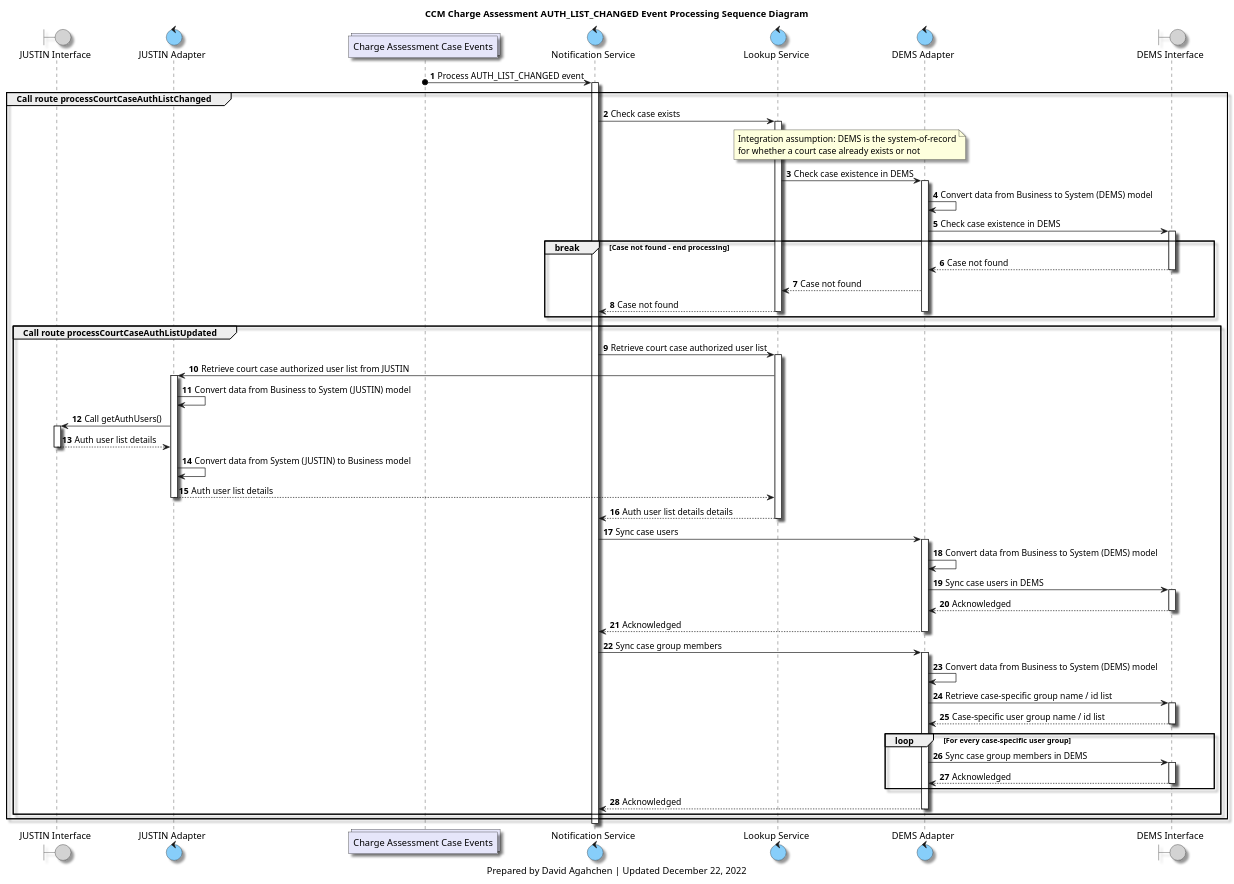
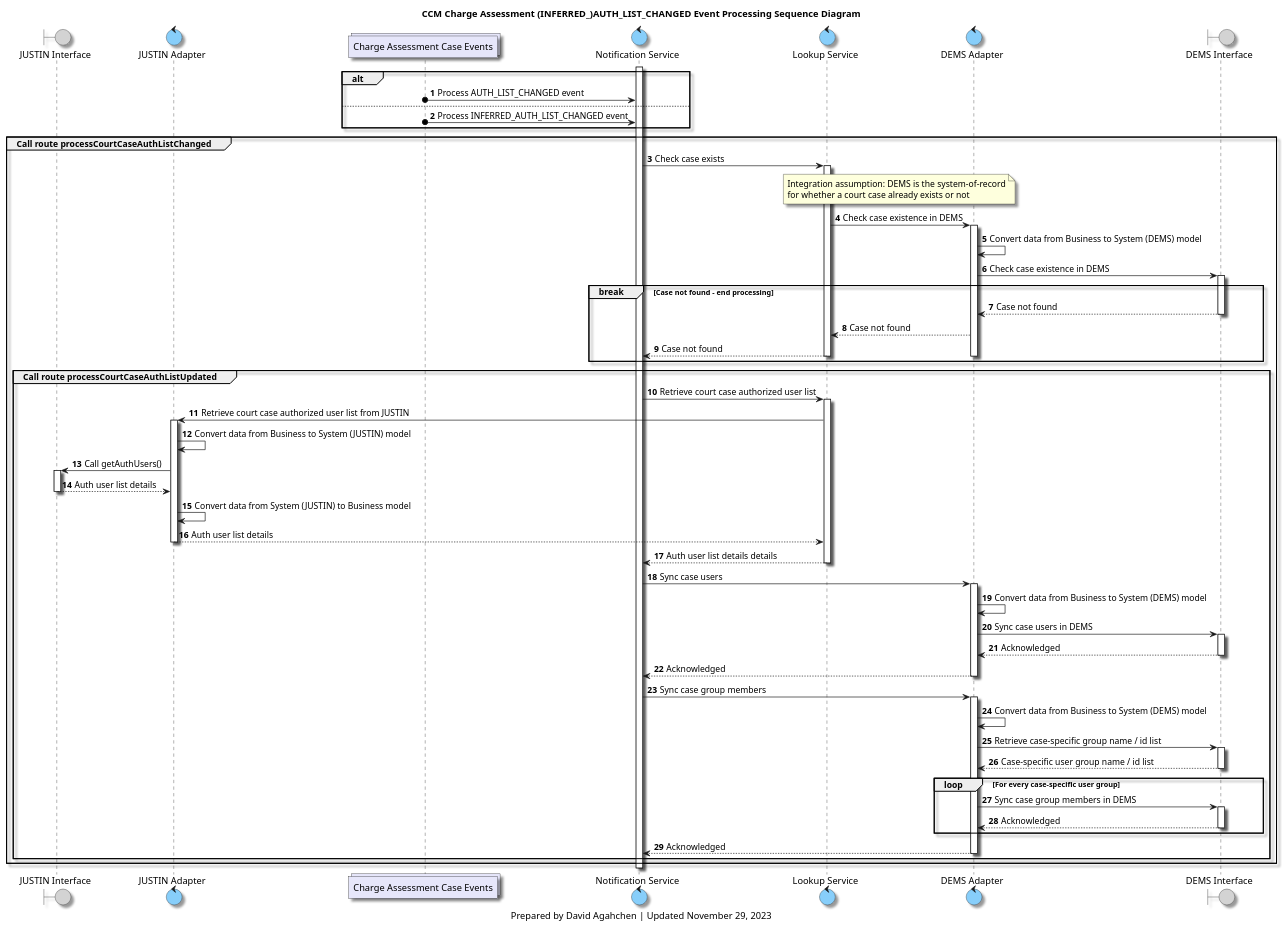
One commit to bcgov/jpss-jade-ccm changed the diagram in diagrams/ccm_charge_assessment_case_auth_list_changed_processing_sequence_diagram.plantuml. Above: the diagram before and after it, drawn with PlantUML. The commit also changed 10 other files, not shown here.

Commit message:
Update diagrams and documentation

```diff
--- a/diagrams/ccm_charge_assessment_case_auth_list_changed_processing_sequence_diagram.plantuml
+++ b/diagrams/ccm_charge_assessment_case_auth_list_changed_processing_sequence_diagram.plantuml
@@ -1,106 +1,110 @@
 @startuml
 'hide footbox
 
 skinparam Shadowing true
 skinparam CollectionsBackgroundColor Lavender
 skinparam ControlBackgroundColor LightSkyBlue
 skinparam BoundaryBackgroundColor LightGrey
 
 /' 
 Available colours
 https://plantuml-documentation.readthedocs.io/en/latest/formatting/color-names.html
 '/
 
 boundary j_interface as "JUSTIN Interface"
 control j_adapter as "JUSTIN Adapter"
 collections charge_assessment_cases_topic as "Charge Assessment Case Events"
 control notification_service as "Notification Service"
 control lookup_service as "Lookup Service"
 control d_adapter as "DEMS Adapter"
 boundary d_interface as "DEMS Interface"
 
 title
-CCM Charge Assessment AUTH_LIST_CHANGED Event Processing Sequence Diagram
+CCM Charge Assessment (INFERRED_)AUTH_LIST_CHANGED Event Processing Sequence Diagram
 end title
 
 autonumber
 
-charge_assessment_cases_topic o-> notification_service : Process AUTH_LIST_CHANGED event
+alt 
+    charge_assessment_cases_topic o-> notification_service : Process AUTH_LIST_CHANGED event
+else 
+    charge_assessment_cases_topic o-> notification_service : Process INFERRED_AUTH_LIST_CHANGED event
+end
 activate notification_service
 
 group Call route processCourtCaseAuthListChanged
 
     notification_service -> lookup_service: Check case exists
     activate lookup_service
     note over lookup_service, d_adapter
     Integration assumption: DEMS is the system-of-record
     for whether a court case already exists or not
     end note
     lookup_service -> d_adapter: Check case existence in DEMS
     activate d_adapter
     d_adapter -> d_adapter: Convert data from Business to System (DEMS) model
     d_adapter -> d_interface: Check case existence in DEMS
     activate d_interface
 
     break Case not found - end processing
     d_interface --> d_adapter: Case not found
     deactivate d_interface
     d_adapter --> lookup_service: Case not found
     lookup_service --> notification_service: Case not found
     deactivate lookup_service
     deactivate d_adapter
     end break
 
     group Call route processCourtCaseAuthListUpdated
 
         notification_service -> lookup_service: Retrieve court case authorized user list
         activate lookup_service
         lookup_service -> j_adapter: Retrieve court case authorized user list from JUSTIN
 
         activate j_adapter
         j_adapter -> j_adapter: Convert data from Business to System (JUSTIN) model
         j_adapter -> j_interface: Call getAuthUsers()
         activate j_interface
         j_interface --> j_adapter: Auth user list details
         deactivate j_interface
         j_adapter -> j_adapter: Convert data from System (JUSTIN) to Business model
         j_adapter --> lookup_service: Auth user list details
         deactivate j_adapter
 
         lookup_service --> notification_service: Auth user list details details
         deactivate lookup_service
 
         notification_service -> d_adapter: Sync case users
         activate d_adapter
         d_adapter -> d_adapter: Convert data from Business to System (DEMS) model
         d_adapter -> d_interface: Sync case users in DEMS
         activate d_interface
         d_interface --> d_adapter: Acknowledged
         deactivate d_interface
         d_adapter --> notification_service: Acknowledged
         deactivate d_adapter
 
         notification_service -> d_adapter: Sync case group members
         activate d_adapter
         d_adapter -> d_adapter: Convert data from Business to System (DEMS) model
         d_adapter -> d_interface: Retrieve case-specific group name / id list
         activate d_interface
         d_interface --> d_adapter: Case-specific user group name / id list
         deactivate d_interface
         loop For every case-specific user group
             d_adapter -> d_interface: Sync case group members in DEMS
             activate d_interface
             d_interface --> d_adapter: Acknowledged
             deactivate d_interface
         end
         d_adapter --> notification_service: Acknowledged
         deactivate d_adapter
     end group
 end group
 
 deactivate notification_service
 
 caption
-Prepared by David Agahchen | Updated December 22, 2022
+Prepared by David Agahchen | Updated November 29, 2023
 end caption
 @enduml
```
